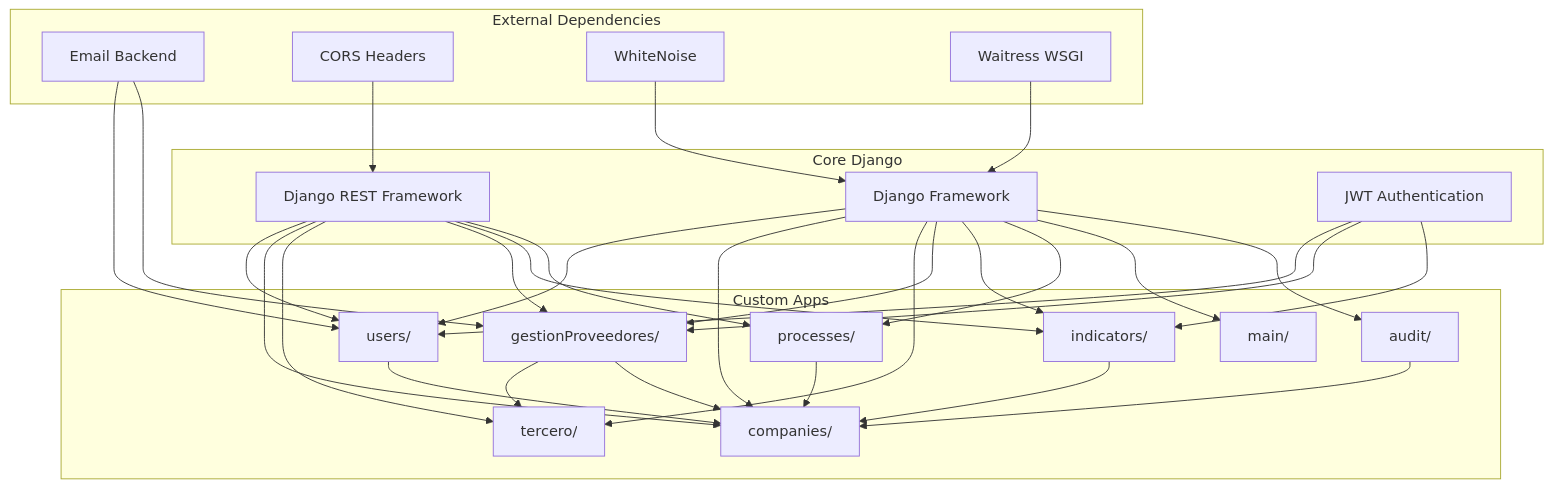
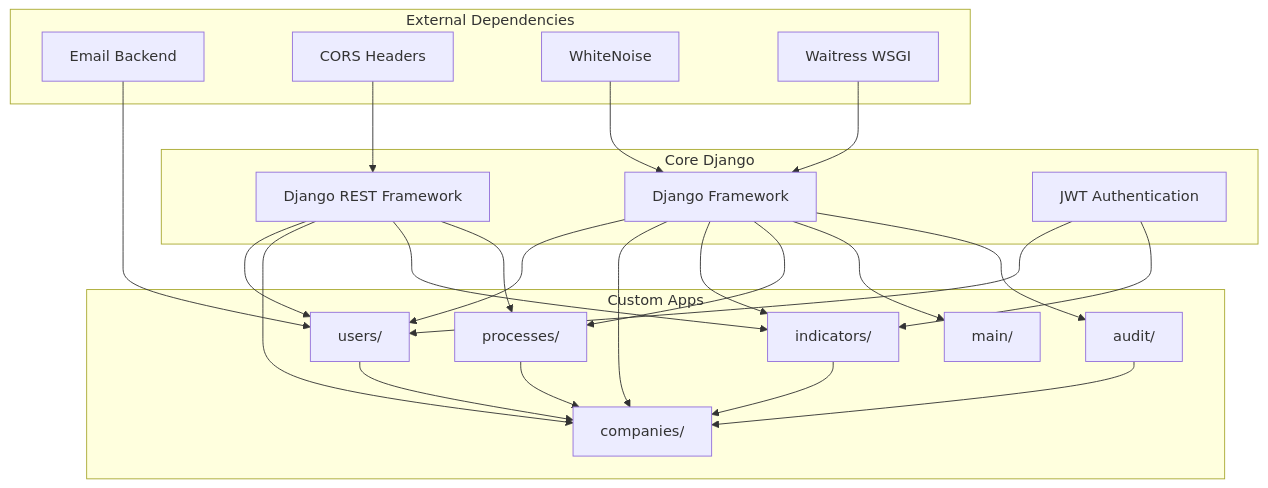
Before and after one commit to Edisonnarvaez/portal_web_frontend: the fifth of 10 diagrams in architecture_backend_API.md, drawn with Mermaid. The commit also changed other lines of this file, not shown here.

````diff
--- a/architecture_backend_API.md
+++ b/architecture_backend_API.md
@@ -346,59 +282,49 @@
 ```mermaid
 graph TD
     subgraph "Core Django"
         DJANGO[Django Framework]
         DRF[Django REST Framework]
         JWT[JWT Authentication]
     end
 
     subgraph "Custom Apps"
         USERS[users/]
         COMPANIES[companies/]
-        TERCERO[tercero/]
-        PROVIDERS[gestionProveedores/]
         INDICATORS[indicators/]
         PROCESSES[processes/]
         MAIN[main/]
         AUDIT[audit/]
     end
 
     subgraph "External Dependencies"
         EMAIL[Email Backend]
         CORS[CORS Headers]
         WHITENOISE[WhiteNoise]
         WAITRESS[Waitress WSGI]
     end
 
     DJANGO --> USERS
     DJANGO --> COMPANIES
-    DJANGO --> TERCERO
-    DJANGO --> PROVIDERS
     DJANGO --> INDICATORS
     DJANGO --> PROCESSES
     DJANGO --> MAIN
     DJANGO --> AUDIT
 
     DRF --> USERS
     DRF --> COMPANIES
-    DRF --> TERCERO
-    DRF --> PROVIDERS
     DRF --> INDICATORS
     DRF --> PROCESSES
 
     JWT --> USERS
-    JWT --> PROVIDERS
     JWT --> INDICATORS
 
     USERS --> COMPANIES
-    PROVIDERS --> TERCERO
-    PROVIDERS --> COMPANIES
     INDICATORS --> COMPANIES
     AUDIT --> COMPANIES
     PROCESSES --> COMPANIES
 
     EMAIL --> USERS
-    EMAIL --> PROVIDERS
     CORS --> DRF
     WHITENOISE --> DJANGO
     WAITRESS --> DJANGO
 ```
````
